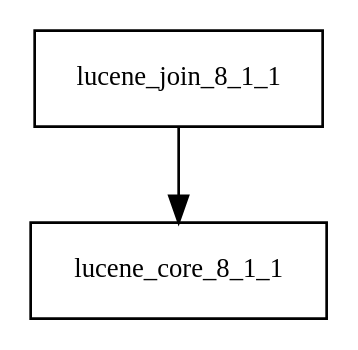
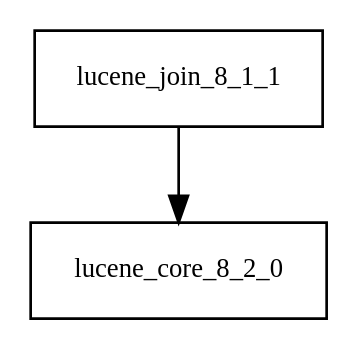
One commit to Hack23/cia changed the diagram in tattleTaleReport/graphviz/lucene-join-8.1.1.jar/lucene-join-8.1.1.jar.dot. Above: the diagram before and after it, drawn with Graphviz. The commit also changed 2920 other files, not shown here.

```diff
--- a/tattleTaleReport/graphviz/lucene-join-8.1.1.jar/lucene-join-8.1.1.jar.dot
+++ b/tattleTaleReport/graphviz/lucene-join-8.1.1.jar/lucene-join-8.1.1.jar.dot
@@ -1,4 +1,4 @@
 digraph lucene_join_8_1_1_dependencies {
   node [shape = box, fontsize=10.0];
-  lucene_join_8_1_1 -> lucene_core_8_1_1;
+  lucene_join_8_1_1 -> lucene_core_8_2_0;
 }
```
